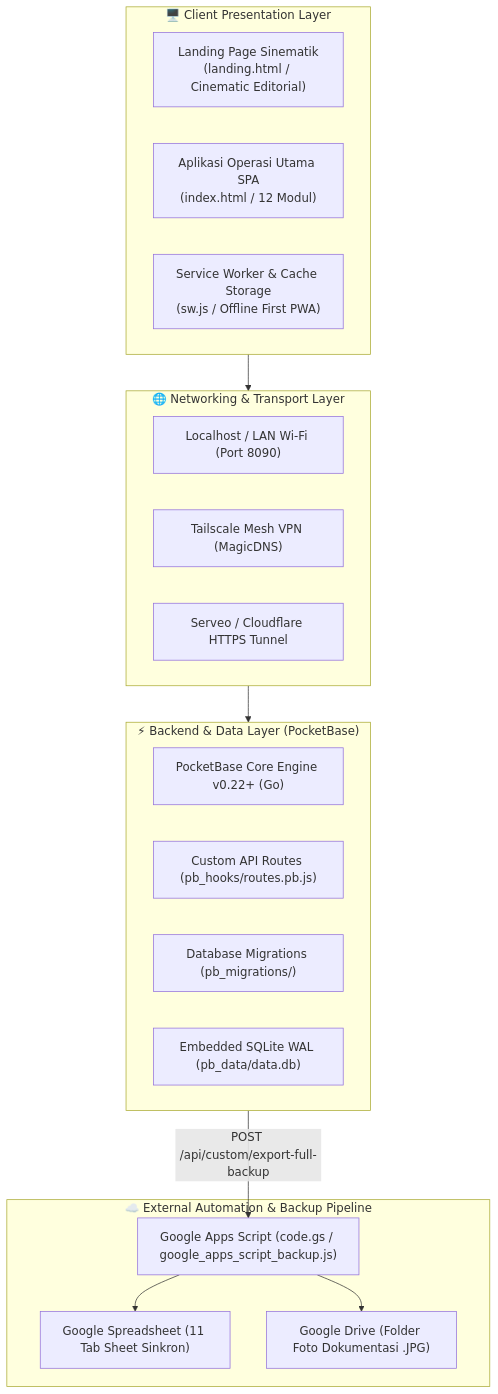
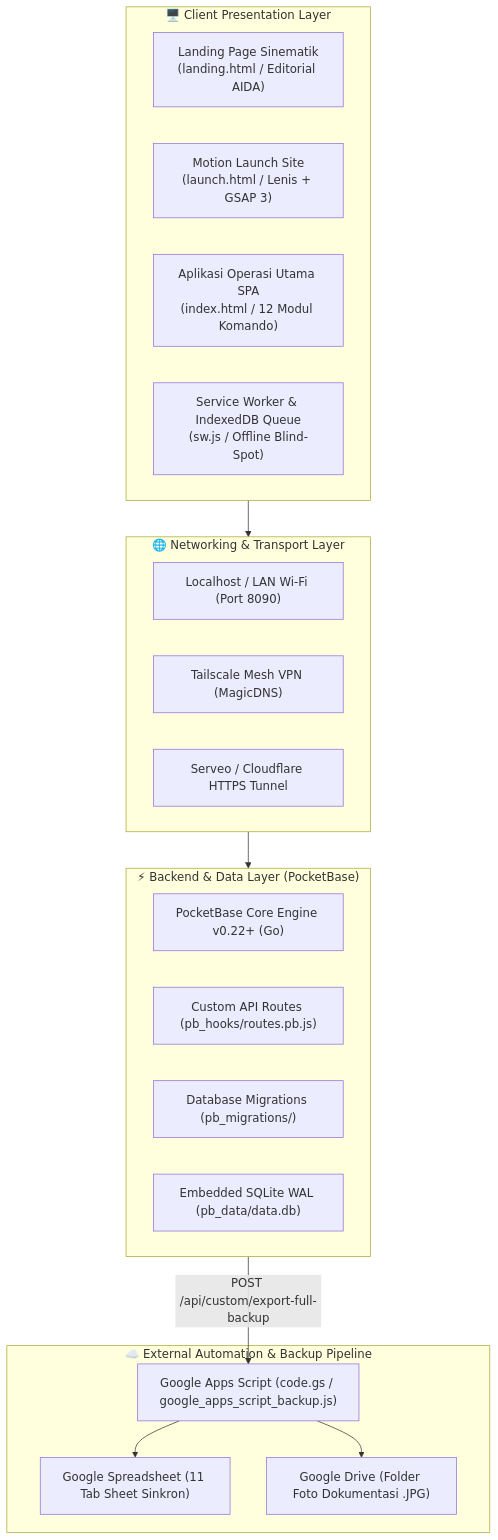
Before and after one commit to haysan10/KSD-Monitoring: the first of 2 diagrams in README.md, drawn with Mermaid. The commit also changed other lines of this file and 717 other files, not shown here.

````diff
--- a/README.md
+++ b/README.md
@@ -70,33 +75,34 @@
 ```mermaid
 graph TD
     subgraph Client_Layer["🖥️ Client Presentation Layer"]
-        A1["Landing Page Sinematik<br/>(landing.html / Cinematic Editorial)"]
-        A2["Aplikasi Operasi Utama SPA<br/>(index.html / 12 Modul)"]
-        A3["Service Worker & Cache Storage<br/>(sw.js / Offline First PWA)"]
+        A1["Landing Page Sinematik<br/>(landing.html / Editorial AIDA)"]
+        A2["Motion Launch Site<br/>(launch.html / Lenis + GSAP 3)"]
+        A3["Aplikasi Operasi Utama SPA<br/>(index.html / 12 Modul Komando)"]
+        A4["Service Worker & IndexedDB Queue<br/>(sw.js / Offline Blind-Spot)"]
     end
 
     subgraph Transport_Layer["🌐 Networking & Transport Layer"]
         B1["Localhost / LAN Wi-Fi (Port 8090)"]
         B2["Tailscale Mesh VPN (MagicDNS)"]
         B3["Serveo / Cloudflare HTTPS Tunnel"]
     end
 
     subgraph Backend_Layer["⚡ Backend & Data Layer (PocketBase)"]
         C1["PocketBase Core Engine v0.22+ (Go)"]
         C2["Custom API Routes (pb_hooks/routes.pb.js)"]
         C3["Database Migrations (pb_migrations/)"]
         C4["Embedded SQLite WAL (pb_data/data.db)"]
     end
 
     subgraph Cloud_Backup["☁️ External Automation & Backup Pipeline"]
         D1["Google Apps Script (code.gs / google_apps_script_backup.js)"]
         D2["Google Spreadsheet (11 Tab Sheet Sinkron)"]
         D3["Google Drive (Folder Foto Dokumentasi .JPG)"]
     end
 
     Client_Layer --> Transport_Layer
     Transport_Layer --> Backend_Layer
     Backend_Layer -->|POST /api/custom/export-full-backup| D1
     D1 --> D2
     D1 --> D3
 ```
````
